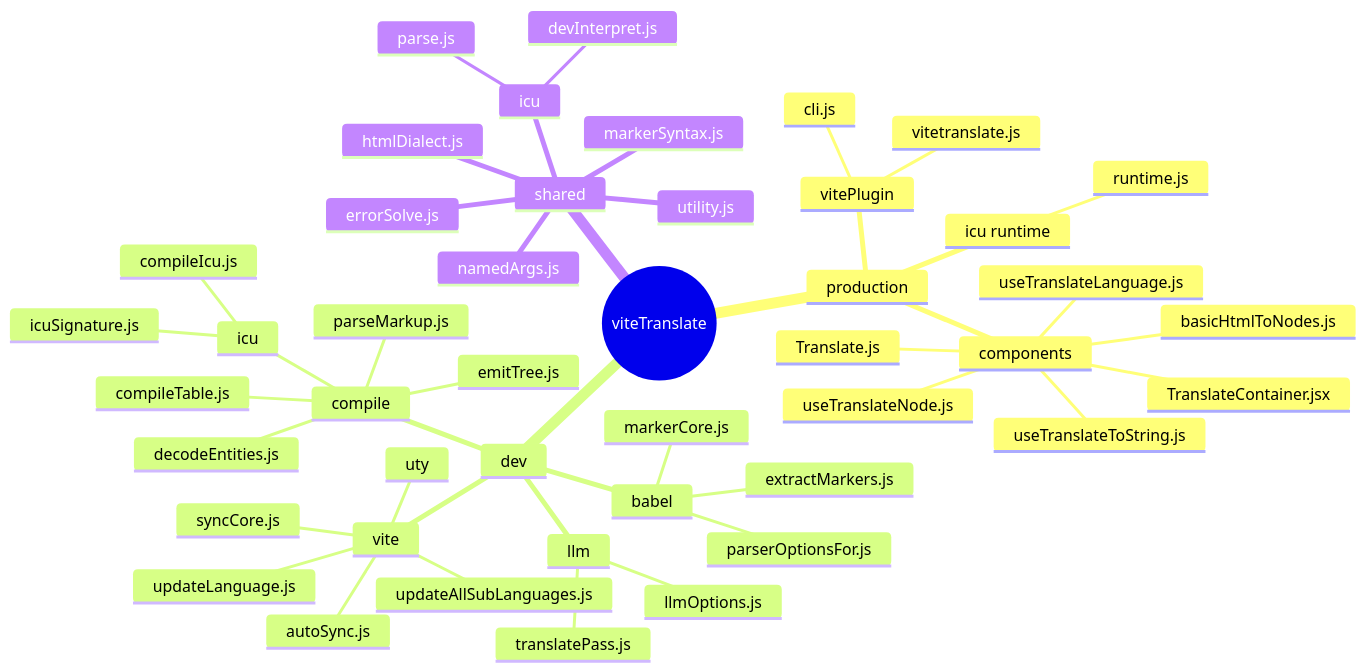
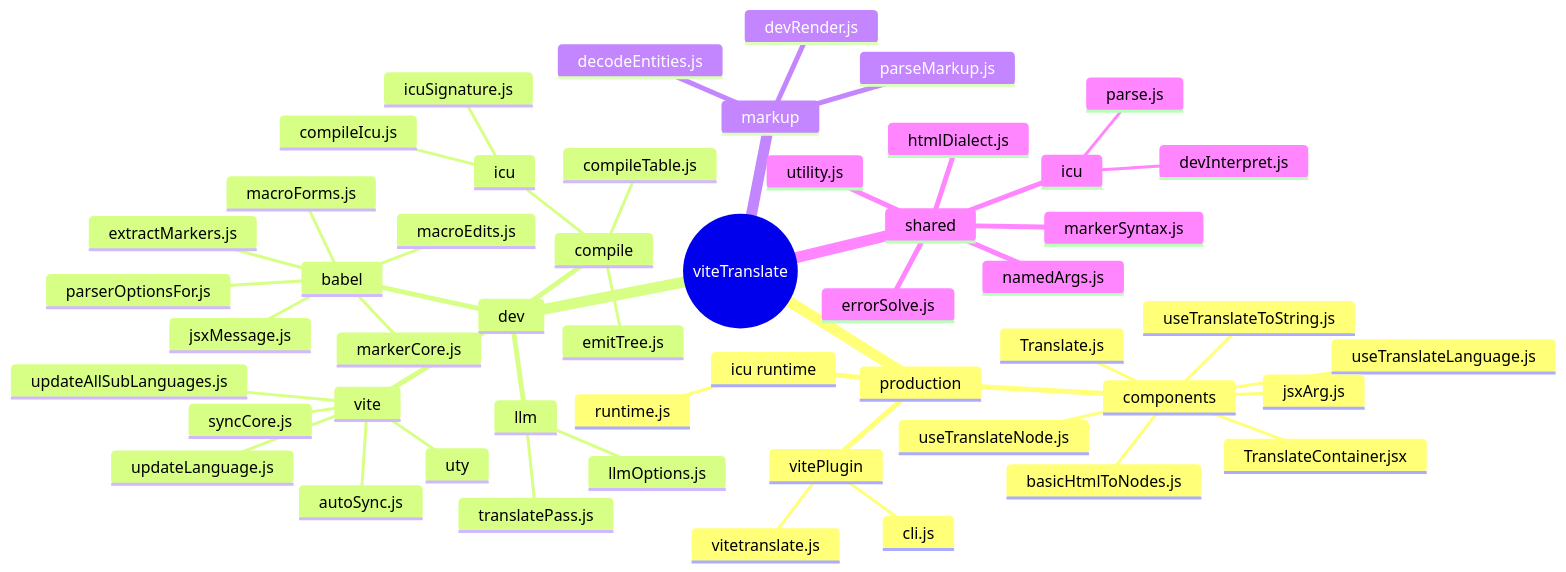
One commit to sepoina/viteTranslate changed the second of 9 diagrams in doc/structure.md. Above: the diagram before and after it, drawn with Mermaid. The commit also changed other lines of this file and 170 other files, not shown here.

````diff
--- a/doc/structure.md
+++ b/doc/structure.md
@@ -83,48 +83,54 @@
 ```mermaid
 mindmap
   root((viteTranslate))
     production
       components
         TranslateContainer.jsx
         Translate.js
         useTranslateLanguage.js
         useTranslateToString.js
         useTranslateNode.js
+        jsxArg.js
         basicHtmlToNodes.js
       vitePlugin
         vitetranslate.js
         cli.js
       icu runtime
         runtime.js
     dev
       babel
         markerCore.js
         extractMarkers.js
+        jsxMessage.js
+        macroEdits.js
+        macroForms.js
         parserOptionsFor.js
       compile
         compileTable.js
         emitTree.js
-        parseMarkup.js
-        decodeEntities.js
         icu
           icuSignature.js
           compileIcu.js
       vite
         updateLanguage.js
         updateAllSubLanguages.js
         syncCore.js
         autoSync.js
         uty
       llm
         llmOptions.js
         translatePass.js
+    markup
+      parseMarkup.js
+      decodeEntities.js
+      devRender.js
     shared
       htmlDialect.js
       errorSolve.js
       markerSyntax.js
       namedArgs.js
       utility.js
       icu
         parse.js
         devInterpret.js
 ```
````
